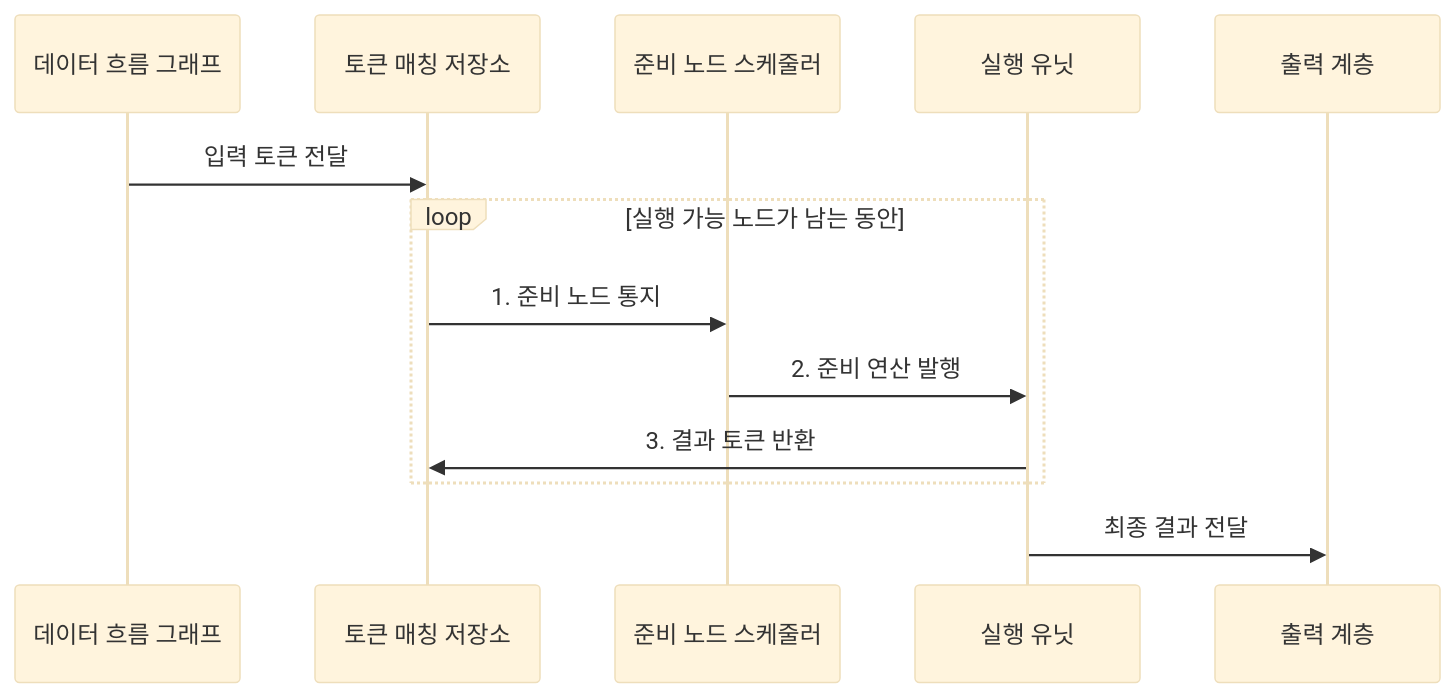
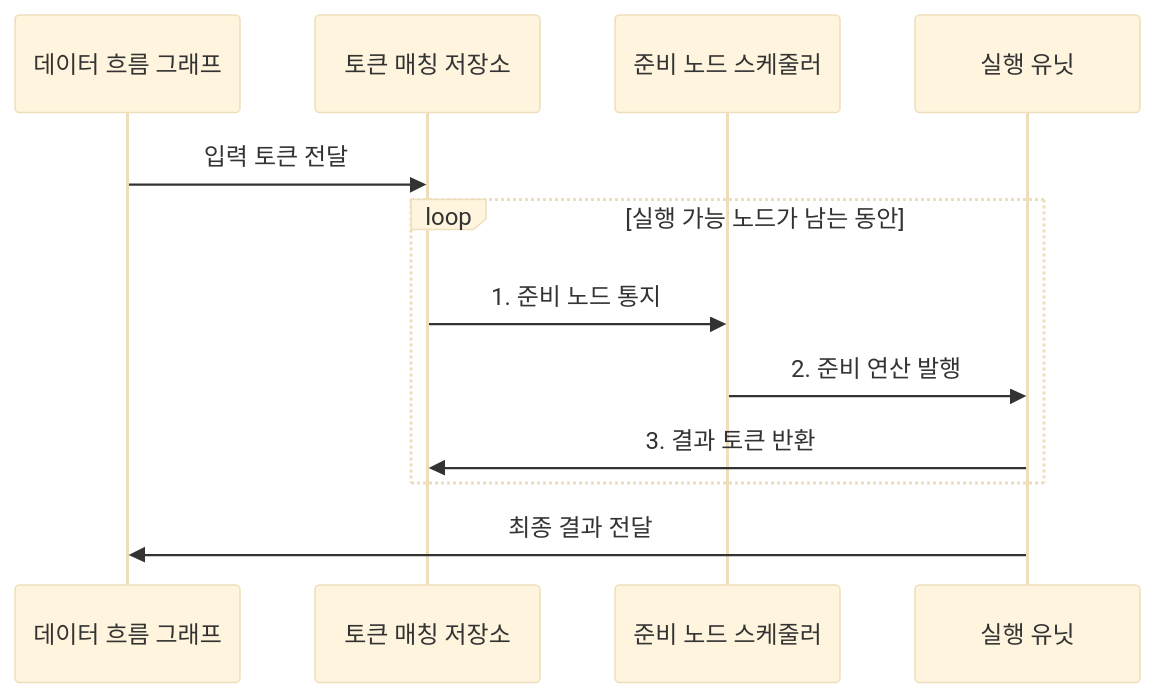
One commit to agnusdei1207/knowledge-base changed the second of 2 diagrams in src/content/docs/notes/02-hardware/077_dataflow_computer.md. Above: the diagram before and after it, drawn with Mermaid (base theme). The commit also changed 9 other files, not shown here.

Commit message:
Reduce redundant hardware flow roles

````diff
--- a/src/content/docs/notes/02-hardware/077_dataflow_computer.md
+++ b/src/content/docs/notes/02-hardware/077_dataflow_computer.md
@@ -102,16 +102,15 @@
 ```mermaid
 sequenceDiagram
     participant G as 데이터 흐름 그래프
     participant M as 토큰 매칭 저장소
     participant S as 준비 노드 스케줄러
     participant E as 실행 유닛
-    participant O as 출력 계층
 
     G->>M: 입력 토큰 전달
     loop 실행 가능 노드가 남는 동안
         M->>S: 1. 준비 노드 통지
         S->>E: 2. 준비 연산 발행
         E->>M: 3. 결과 토큰 반환
     end
-    E->>O: 최종 결과 전달
+    E->>G: 최종 결과 전달
 ```
````
